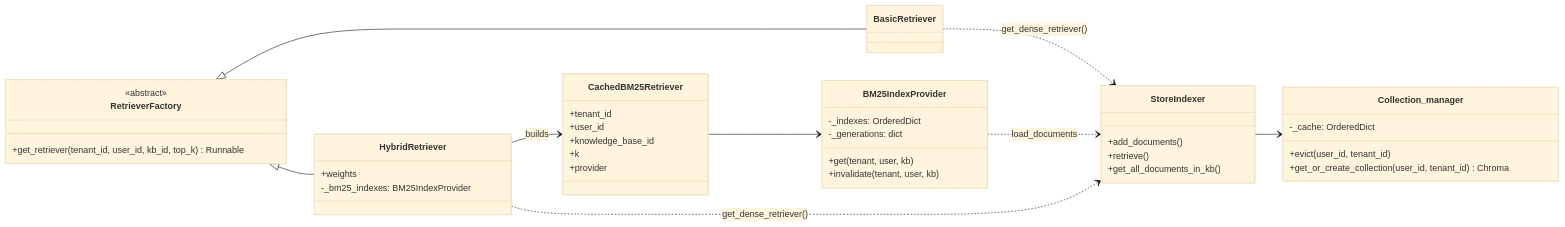
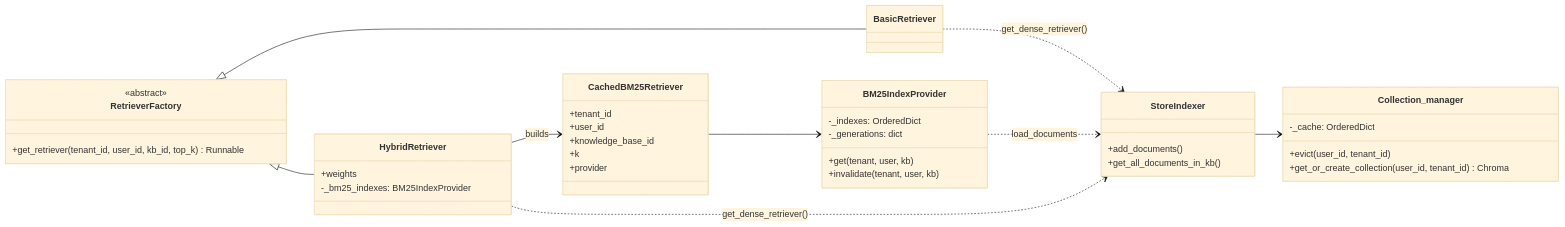
Before and after one commit to jltz1207/LoginFastapi: the third of 9 diagrams in docs/vectorstore/vectorstore-retriever-structure-20261009.md, drawn with Mermaid (base theme). The commit also changed other lines of this file and 4 other files, not shown here.

````diff
--- a/docs/vectorstore/vectorstore-retriever-structure-20261009.md
+++ b/docs/vectorstore/vectorstore-retriever-structure-20261009.md
@@ -46,44 +46,43 @@
 ```mermaid
 classDiagram
     direction LR
     class RetrieverFactory {
         <<abstract>>
         +get_retriever(tenant_id, user_id, kb_id, top_k) Runnable
     }
     class BasicRetriever
     class HybridRetriever {
         +weights
         -_bm25_indexes: BM25IndexProvider
     }
     class CachedBM25Retriever {
         +tenant_id
         +user_id
         +knowledge_base_id
         +k
         +provider
     }
     class BM25IndexProvider {
         -_indexes: OrderedDict
         -_generations: dict
         +get(tenant, user, kb)
         +invalidate(tenant, user, kb)
     }
     class StoreIndexer {
         +add_documents()
-        +retrieve()
         +get_all_documents_in_kb()
     }
     class Collection_manager {
         -_cache: OrderedDict
         +evict(user_id, tenant_id)
         +get_or_create_collection(user_id, tenant_id) Chroma
     }
     RetrieverFactory <|-- BasicRetriever
     RetrieverFactory <|-- HybridRetriever
     HybridRetriever --> CachedBM25Retriever : builds
     HybridRetriever ..> StoreIndexer : get_dense_retriever()
     BasicRetriever ..> StoreIndexer : get_dense_retriever()
     CachedBM25Retriever --> BM25IndexProvider
     BM25IndexProvider ..> StoreIndexer : load_documents
     StoreIndexer --> Collection_manager
 ```
````
